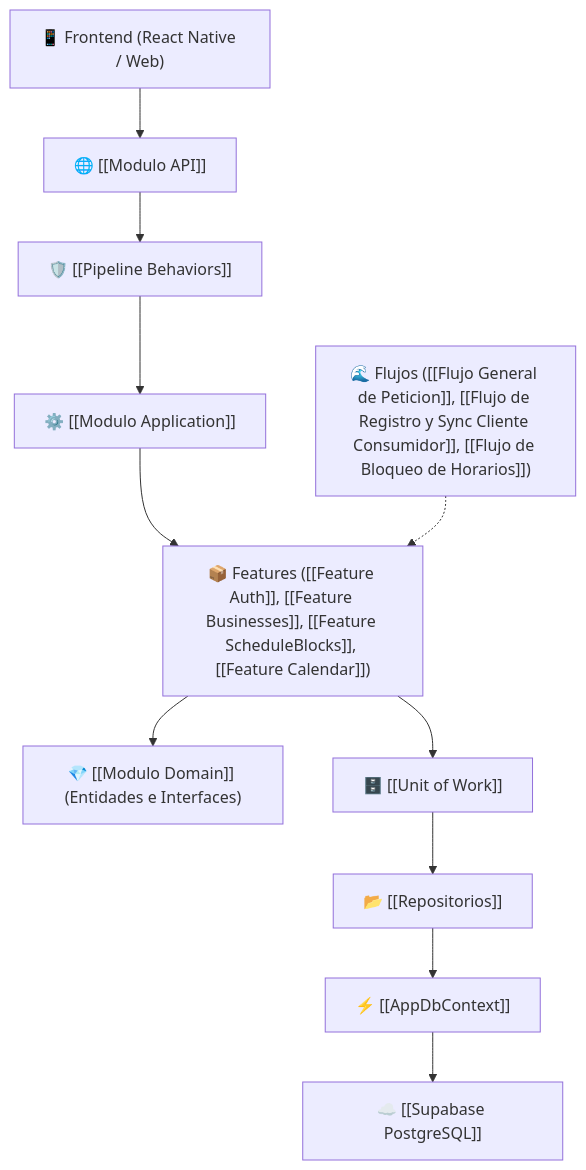
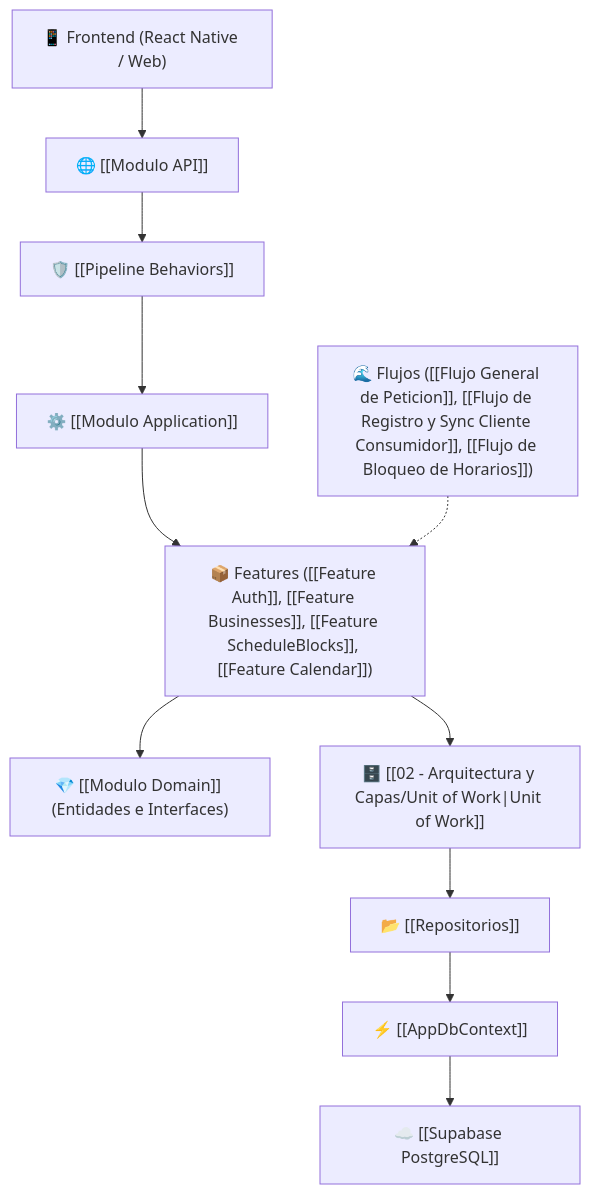
One commit to ShaguittoScot/Slotify_back changed the diagram in docs/00 - Inicio/Indice General.md. Above: the diagram before and after it, drawn with Mermaid. The commit also changed other lines of this file and 104 other files, not shown here.

````diff
--- a/docs/00 - Inicio/Indice General.md
+++ b/docs/00 - Inicio/Indice General.md
@@ -96,16 +105,16 @@
 ```mermaid
 graph TD
     ClientApp["📱 Frontend (React Native / Web)"] --> API["🌐 [[Modulo API]]"]
     API --> Behaviors["🛡️ [[Pipeline Behaviors]]"]
     Behaviors --> App["⚙️ [[Modulo Application]]"]
     
     App --> Features["📦 Features ([[Feature Auth]], [[Feature Businesses]], [[Feature ScheduleBlocks]], [[Feature Calendar]])"]
     Features --> Domain["💎 [[Modulo Domain]] (Entidades e Interfaces)"]
-    Features --> UOW["🗄️ [[Unit of Work]]"]
+    Features --> UOW["🗄️ [[02 - Arquitectura y Capas/Unit of Work|Unit of Work]]"]
     
     UOW --> Repos["📂 [[Repositorios]]"]
     Repos --> DbContext["⚡ [[AppDbContext]]"]
     DbContext --> DB["☁️ [[Supabase PostgreSQL]]"]
     
     Flujos["🌊 Flujos ([[Flujo General de Peticion]], [[Flujo de Registro y Sync Cliente Consumidor]], [[Flujo de Bloqueo de Horarios]])"] -.-> Features
 ```
````
